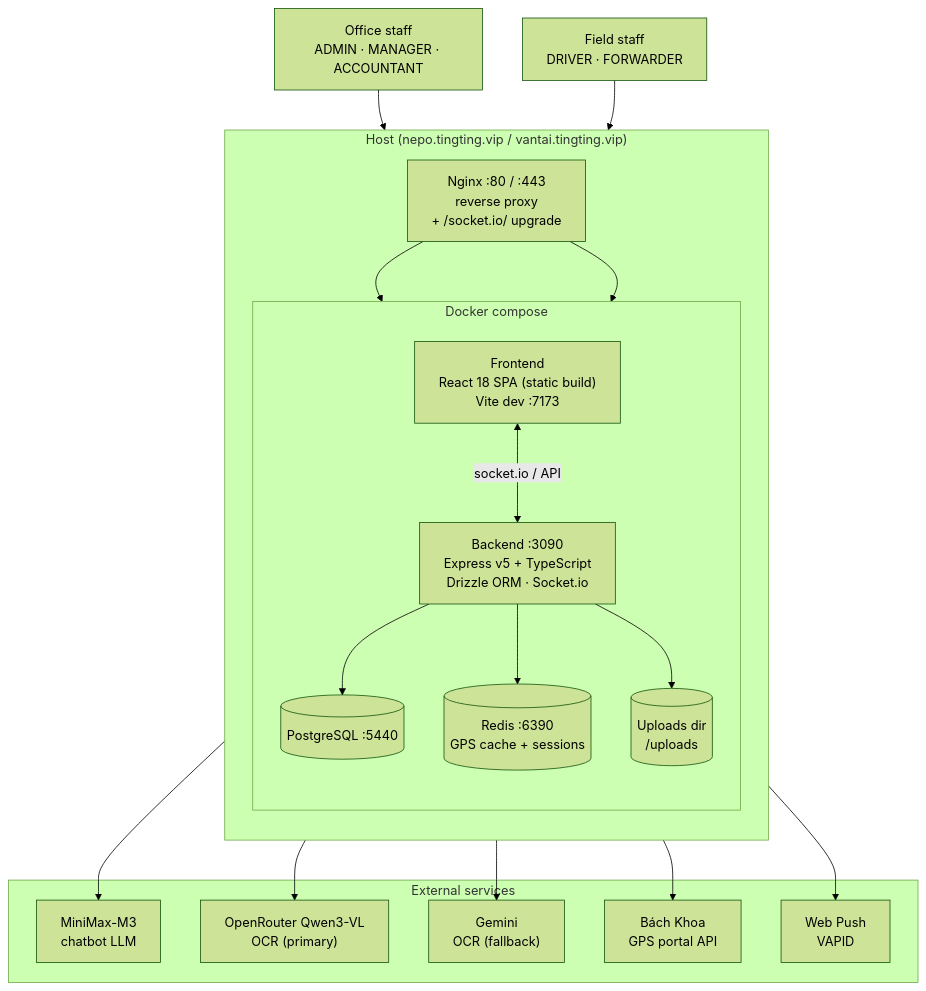
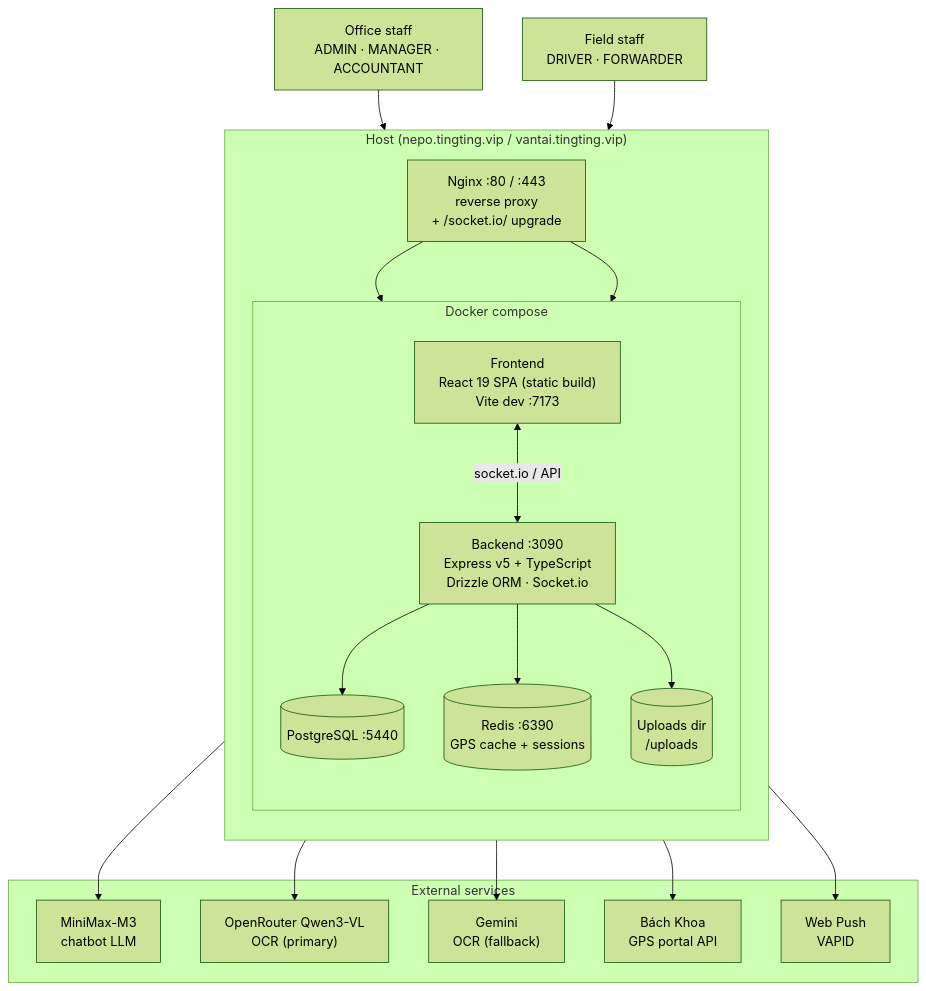
The first of 11 diagrams in docs/architecture-diagrams.md (4rankng/nepocorp), drawn with Mermaid (forest theme) before and after one commit. The commit also changed other lines of this file and 7 other files, not shown here.

````diff
--- a/docs/architecture-diagrams.md
+++ b/docs/architecture-diagrams.md
@@ -8,40 +8,40 @@
 ```mermaid
 flowchart TB
   OFFICE["Office staff<br/>ADMIN · MANAGER · ACCOUNTANT"]
   FIELD["Field staff<br/>DRIVER · FORWARDER"]
 
   subgraph Host["Host (nepo.tingting.vip / vantai.tingting.vip)"]
     direction TB
     NGINX["Nginx :80 / :443<br/>reverse proxy<br/>+ /socket.io/ upgrade"]
     subgraph Docker["Docker compose"]
       direction TB
-      FE["Frontend<br/>React 18 SPA (static build)<br/>Vite dev :7173"]
+      FE["Frontend<br/>React 19 SPA (static build)<br/>Vite dev :7173"]
       BE["Backend :3090<br/>Express v5 + TypeScript<br/>Drizzle ORM · Socket.io"]
       PG[("PostgreSQL :5440")]
       REDIS[("Redis :6390<br/>GPS cache + sessions")]
       FS[(Uploads dir<br/>/uploads)]
     end
   end
 
   subgraph External["External services"]
     MM["MiniMax-M3<br/>chatbot LLM"]
     OR["OpenRouter Qwen3-VL<br/>OCR (primary)"]
     GEM["Gemini<br/>OCR (fallback)"]
     BK["Bách Khoa<br/>GPS portal API"]
     WP["Web Push<br/>VAPID"]
   end
 
   OFFICE --> NGINX
   FIELD --> NGINX
   NGINX --> FE
   NGINX --> BE
   FE <-->|socket.io / API| BE
   BE --> PG
   BE --> REDIS
   BE --> FS
   BE --> MM
   BE --> OR
   BE --> GEM
   BE --> BK
   BE --> WP
 ```
````
